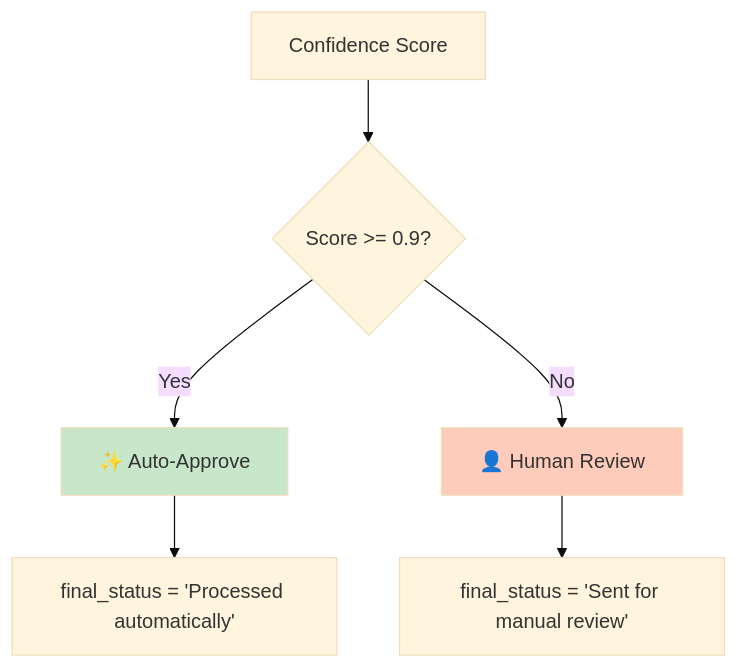
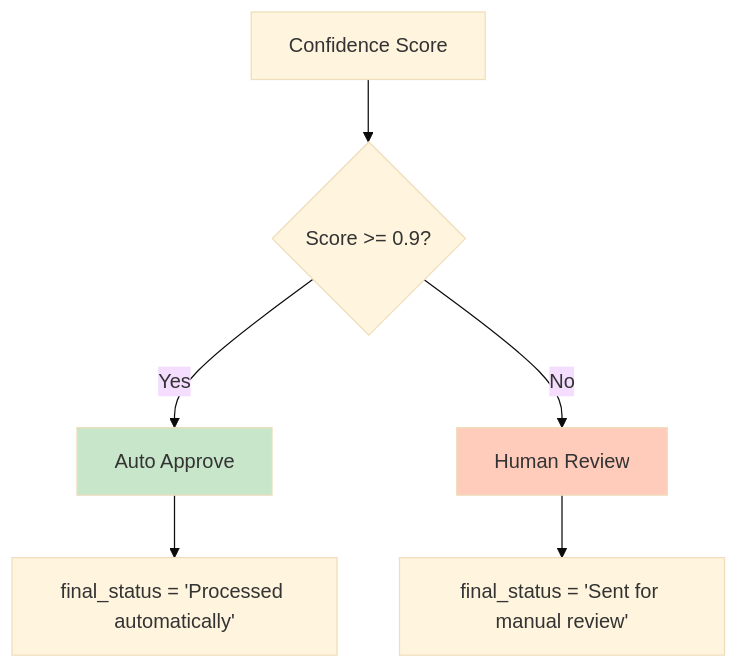
The sixth of 6 diagrams in Intelligent_Document_Processing/README.md (aaryan182/ai_agents_prod_langgraph), drawn with Mermaid (base theme) before and after one commit. The commit also changed other lines of this file and 7 other files, not shown here.

````diff
--- a/Intelligent_Document_Processing/README.md
+++ b/Intelligent_Document_Processing/README.md
@@ -634,12 +634,12 @@
 ```mermaid
 graph TD
     A[Confidence Score] --> B{Score >= 0.9?}
-    B -->|Yes| C[✨ Auto-Approve]
-    B -->|No| D[👤 Human Review]
+    B -->|Yes| C[ Auto Approve]
+    B -->|No| D[ Human Review]
     
     C --> E[final_status = 'Processed automatically']
     D --> F[final_status = 'Sent for manual review']
     
     style C fill:#c8e6c9
     style D fill:#ffccbc
 ```
````
